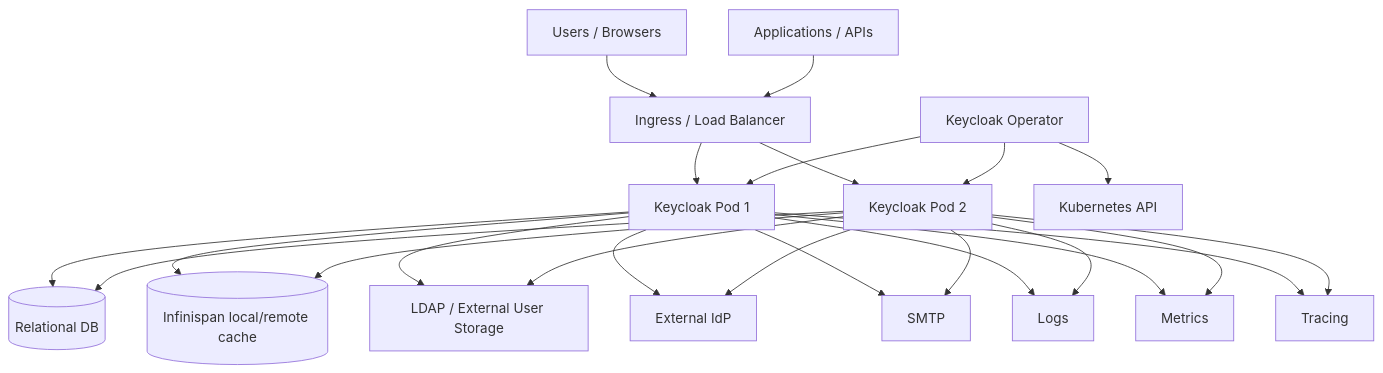
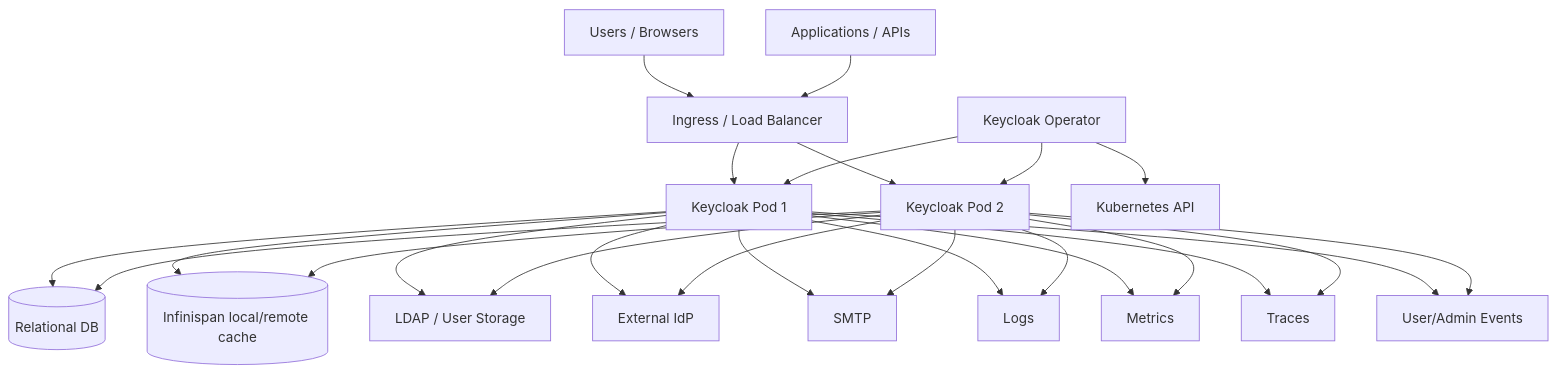
The first of 2 diagrams in docs/custom/50-operations/50-operations-security-observability.md (dhs-shine/keycloak), drawn with Mermaid before and after one commit. The commit also changed other lines of this file and 7 other files, not shown here.

````diff
--- a/docs/custom/50-operations/50-operations-security-observability.md
+++ b/docs/custom/50-operations/50-operations-security-observability.md
@@ -16,26 +35,31 @@
 ```mermaid
 flowchart TD
-  User["Users / Browsers"] --> LB["Ingress / Load Balancer"]
-  Apps["Applications / APIs"] --> LB
-  LB --> KC1["Keycloak Pod 1"]
-  LB --> KC2["Keycloak Pod 2"]
+  User["Users / Browsers"] --> Edge["Ingress / Load Balancer"]
+  App["Applications / APIs"] --> Edge
+  Edge --> KC1["Keycloak Pod 1"]
+  Edge --> KC2["Keycloak Pod 2"]
+
   KC1 --> DB[("Relational DB")]
   KC2 --> DB
   KC1 --> Cache[("Infinispan local/remote cache")]
   KC2 --> Cache
-  KC1 --> LDAP["LDAP / External User Storage"]
+  KC1 --> LDAP["LDAP / User Storage"]
   KC2 --> LDAP
   KC1 --> IdP["External IdP"]
   KC2 --> IdP
   KC1 --> SMTP["SMTP"]
   KC2 --> SMTP
+
   KC1 --> Logs["Logs"]
   KC2 --> Logs
   KC1 --> Metrics["Metrics"]
   KC2 --> Metrics
-  KC1 --> Traces["Tracing"]
+  KC1 --> Traces["Traces"]
   KC2 --> Traces
+  KC1 --> Events["User/Admin Events"]
+  KC2 --> Events
+
   Operator["Keycloak Operator"] --> K8s["Kubernetes API"]
   Operator --> KC1
   Operator --> KC2
 ```
````
